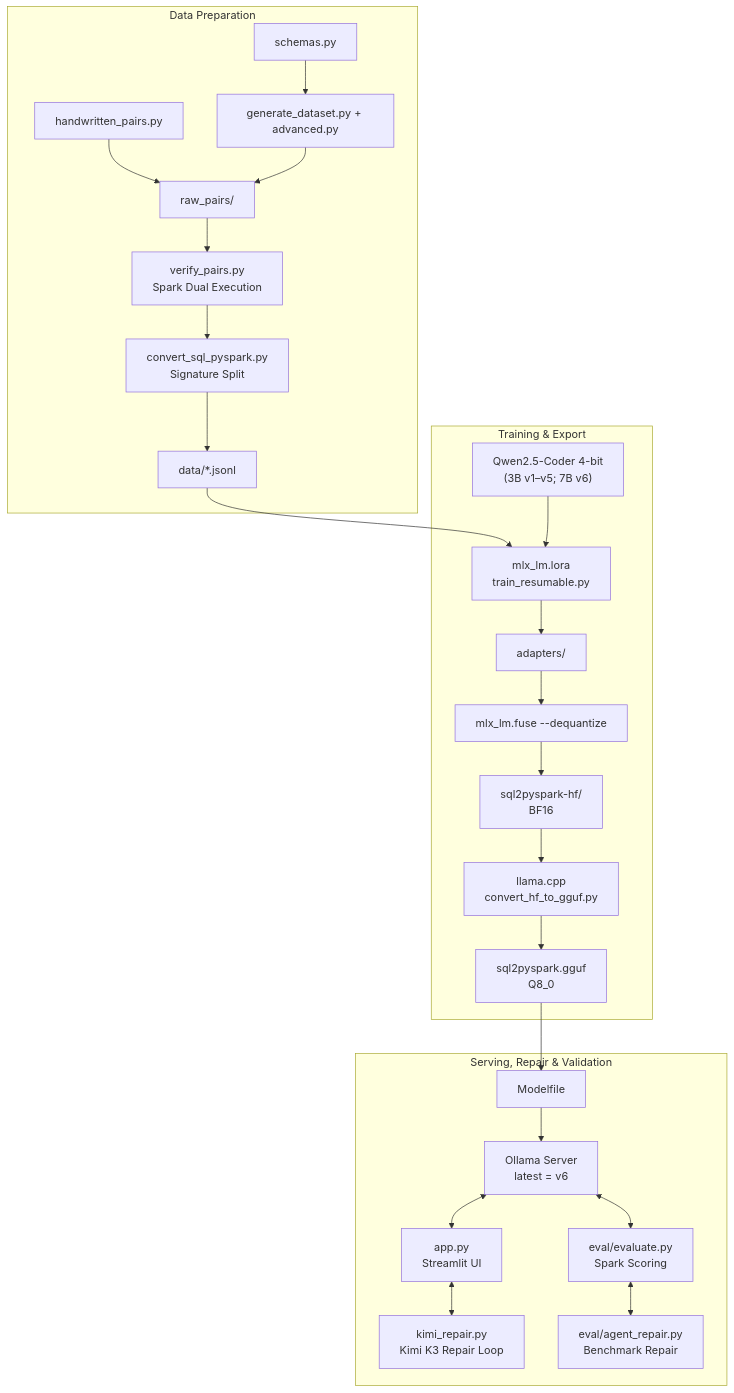
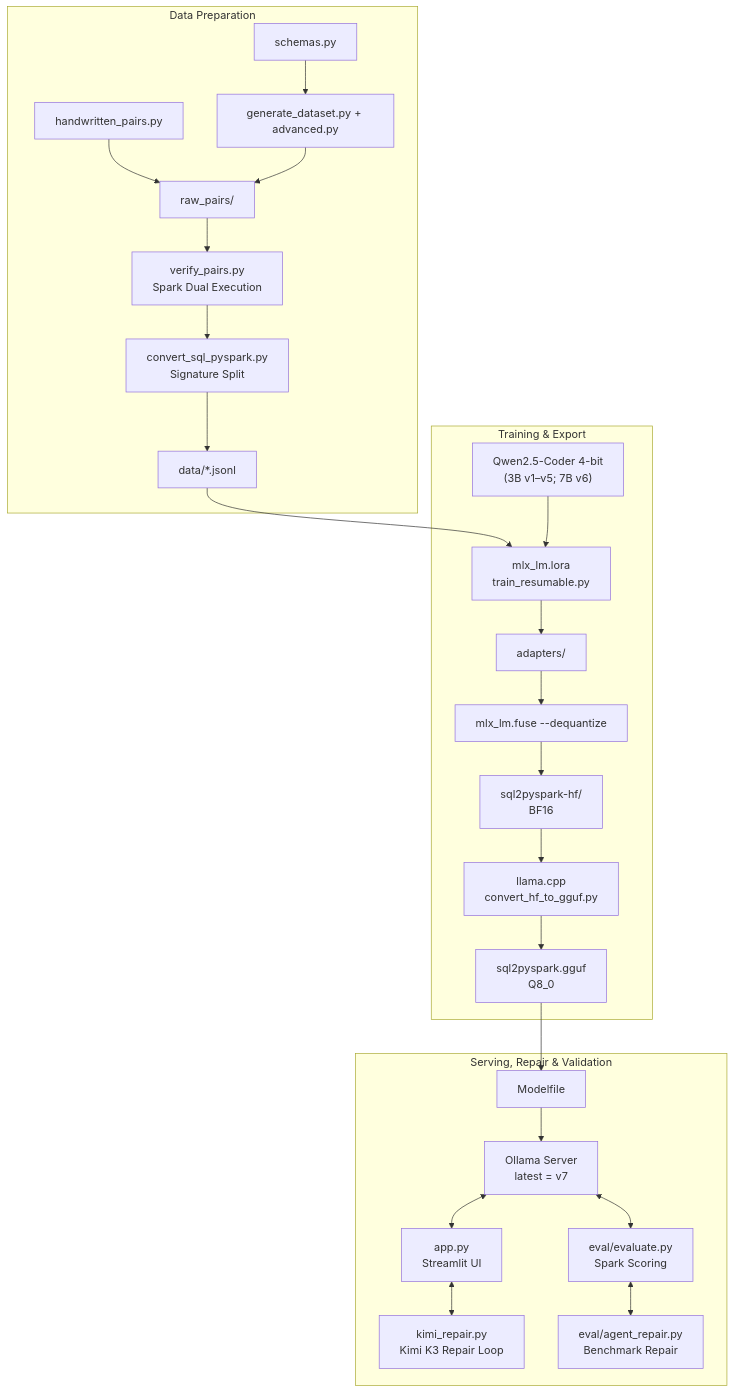
The diagram in PROJECT_DOCUMENTATION.md (praponb/Finetuning-LLM), drawn with Mermaid before and after one commit. The commit also changed other lines of this file and 10 other files, not shown here.

````diff
--- a/PROJECT_DOCUMENTATION.md
+++ b/PROJECT_DOCUMENTATION.md
@@ -40,30 +40,30 @@
 ```mermaid
 flowchart TD
     subgraph DataPrep [Data Preparation]
         Schemas[schemas.py] --> Gen[generate_dataset.py + advanced.py]
         HW[handwritten_pairs.py] --> Raw
         Gen --> Raw[raw_pairs/]
         Raw --> SparkCheck[verify_pairs.py<br/>Spark Dual Execution]
         SparkCheck --> Split[convert_sql_pyspark.py<br/>Signature Split]
         Split --> JSONL[data/*.jsonl]
     end
 
     subgraph TrainPhase [Training & Export]
         JSONL --> MLX[mlx_lm.lora<br/>train_resumable.py]
         BaseModel["Qwen2.5-Coder 4-bit<br/>(3B v1–v5; 7B v6)"] --> MLX
         MLX --> Adapters[adapters/]
         Adapters --> Fuse[mlx_lm.fuse --dequantize]
         Fuse --> HF[sql2pyspark-hf/<br/>BF16]
         HF --> Llama[llama.cpp<br/>convert_hf_to_gguf.py]
         Llama --> GGUF[sql2pyspark.gguf<br/>Q8_0]
     end
 
     subgraph ServeEval [Serving, Repair & Validation]
         GGUF --> Modelfile[Modelfile]
-        Modelfile --> Ollama[Ollama Server<br/>latest = v6]
+        Modelfile --> Ollama[Ollama Server<br/>latest = v7]
         Ollama <--> Streamlit[app.py<br/>Streamlit UI]
         Streamlit <--> Kimi[kimi_repair.py<br/>Kimi K3 Repair Loop]
         Ollama <--> Eval[eval/evaluate.py<br/>Spark Scoring]
         Eval <--> AgentRepair[eval/agent_repair.py<br/>Benchmark Repair]
     end
 ```
````
